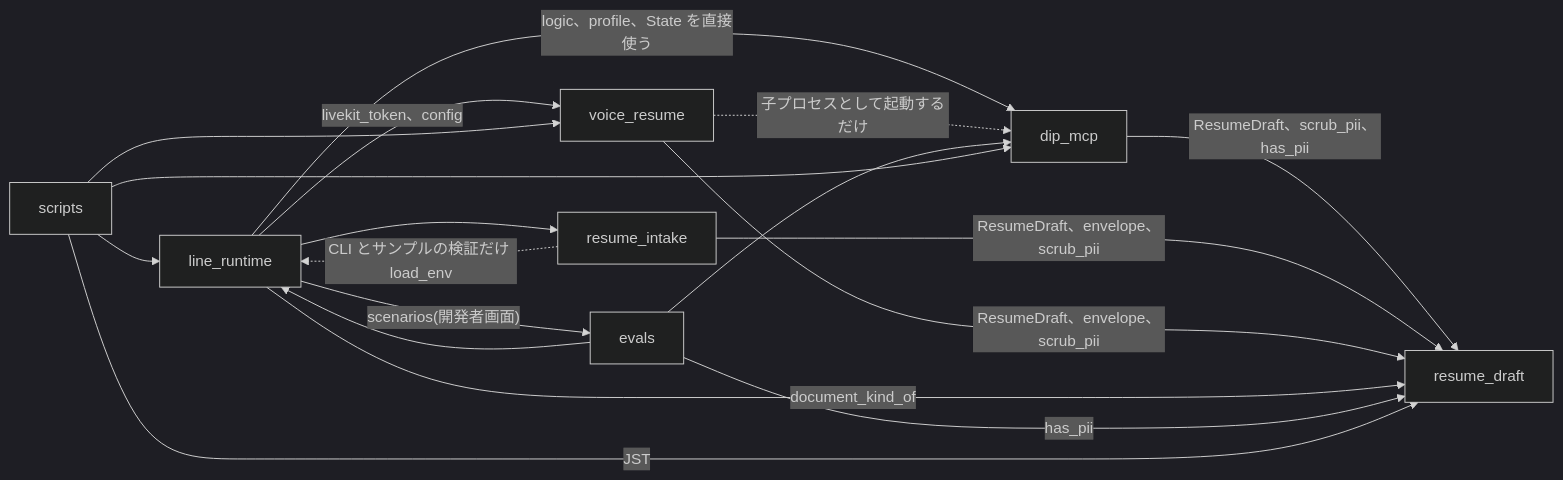
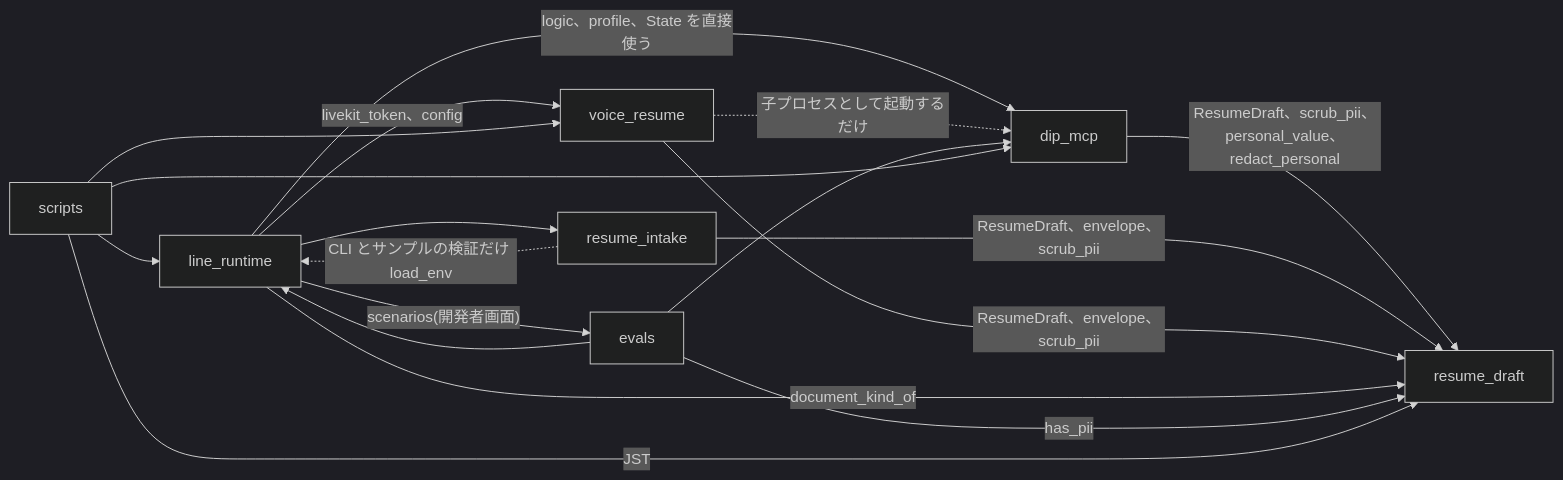
One commit to jyoka/aica changed the third of 12 diagrams in docs/architecture/hld.md. Above: the diagram before and after it, drawn with Mermaid (dark theme). The commit also changed other lines of this file and 8 other files, not shown here.

````diff
--- a/docs/architecture/hld.md
+++ b/docs/architecture/hld.md
@@ -285,28 +285,28 @@
 ```mermaid
 flowchart LR
     lr["line_runtime"]
     dm["dip_mcp"]
     ri["resume_intake"]
     vr["voice_resume"]
     rd["resume_draft"]
     ev["evals"]
     sc["scripts"]
 
     lr -- "logic、profile、State を直接使う" --> dm
     lr -- "scenarios(開発者画面)" --> ev
     lr --> ri
     lr -- "livekit_token、config" --> vr
-    dm -- "ResumeDraft、scrub_pii、has_pii" --> rd
+    dm -- "ResumeDraft、scrub_pii、personal_value、redact_personal" --> rd
     ri -- "ResumeDraft、envelope、scrub_pii" --> rd
     vr -- "ResumeDraft、envelope、scrub_pii" --> rd
     lr -- "document_kind_of" --> rd
     ev -- "has_pii" --> rd
     sc -- "JST" --> rd
     ri -. "CLI とサンプルの検証だけ load_env" .-> lr
     vr -. "子プロセスとして起動するだけ" .-> dm
     ev --> lr
     ev --> dm
     sc --> lr
     sc --> dm
     sc --> vr
 ```
````
